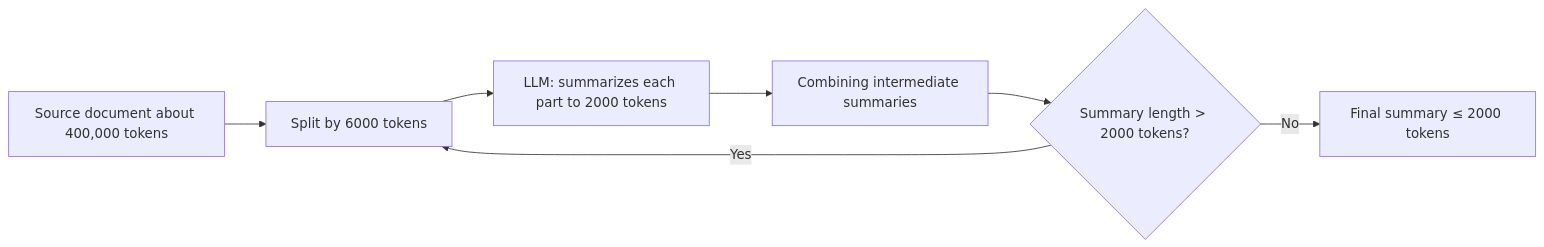
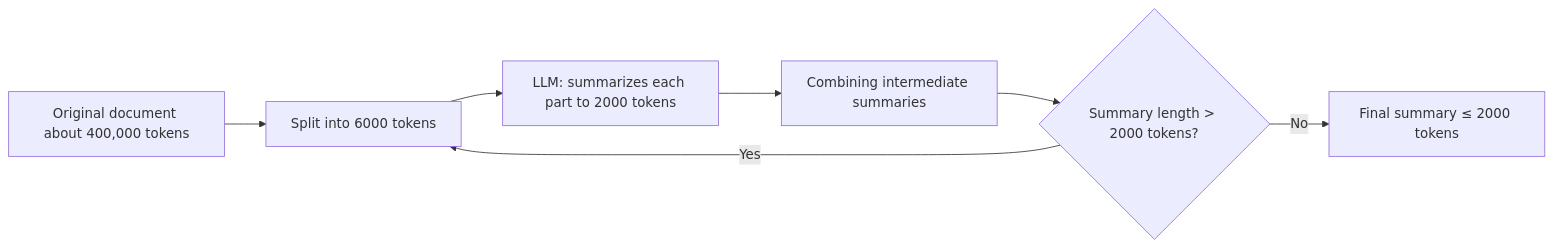
Before and after one commit to all-mute/learn-agents: the fourth of 13 diagrams in cognitive-book/docs/junior/_workflows-examples-p1.mdx, drawn with Mermaid. The commit also changed other lines of this file and 93 other files, not shown here.

````diff
--- a/cognitive-book/docs/junior/_workflows-examples-p1.mdx
+++ b/cognitive-book/docs/junior/_workflows-examples-p1.mdx
@@ -154,9 +154,9 @@
 ```mermaid
 flowchart LR
-    Doc[Source document about 400,000 tokens] --> Split[Split by 6000 tokens]
+    Doc[Original document about 400,000 tokens] --> Split[Split into 6000 tokens]
     Split --> Summarize[LLM: summarizes each part to 2000 tokens]
     Summarize --> Merge[Combining intermediate summaries]
     Merge --> Decision{Summary length > 2000 tokens?}
     Decision -->|Yes| Split
     Decision -->|No| Final[Final summary ≤ 2000 tokens]
 ```
````
